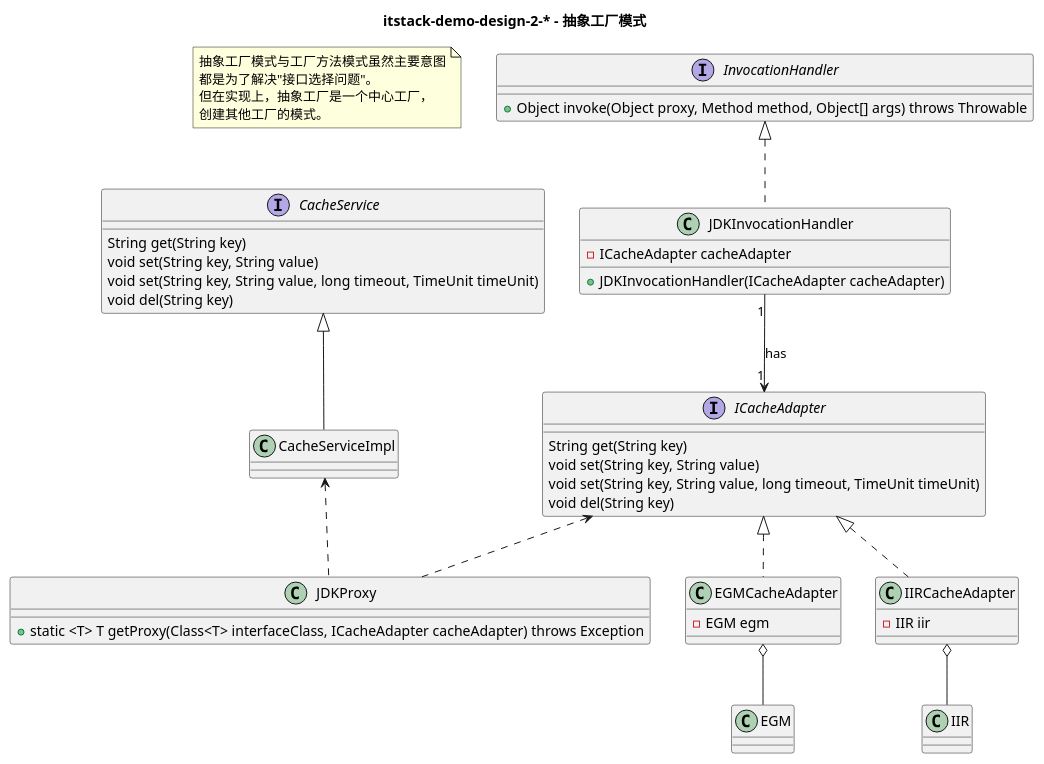
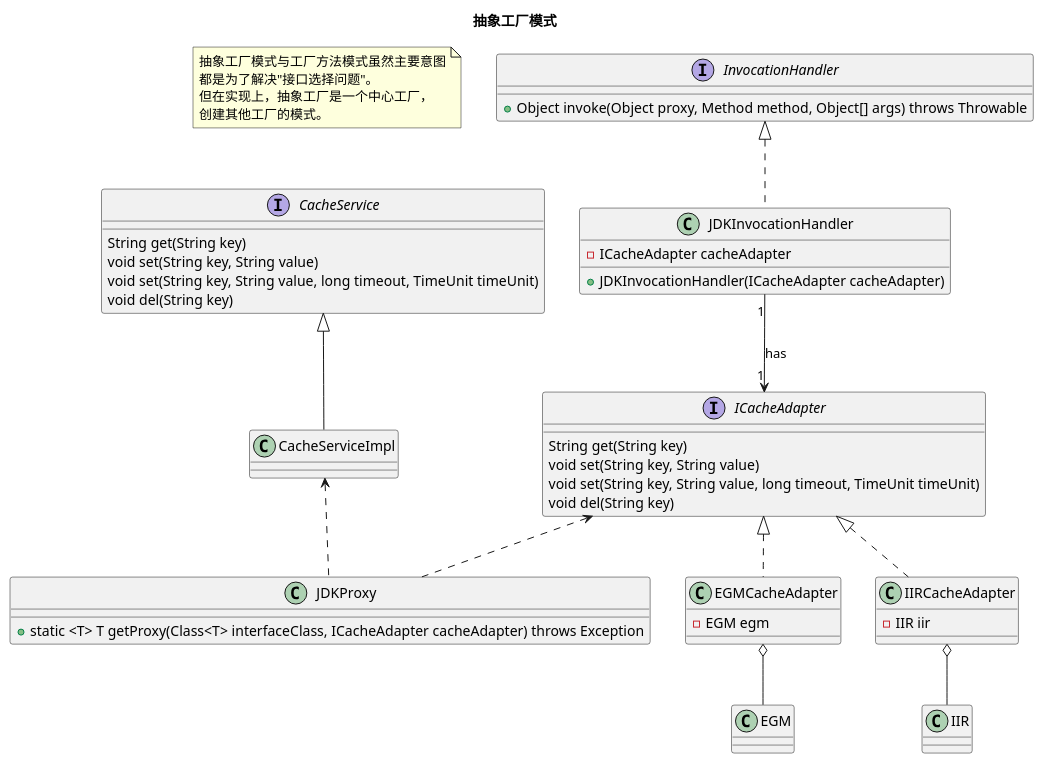
Before and after one commit to littlefxc/itstack-demo-design: the diagram in doc/抽象工厂模式.puml, drawn with PlantUML. The commit also changed 1 other file, not shown here.

```diff
--- a/doc/抽象工厂模式.puml
+++ b/doc/抽象工厂模式.puml
@@ -1,60 +1,60 @@
 @startuml
 
-title itstack-demo-design-2-* - 抽象工厂模式
+title 抽象工厂模式
 
 note as N1
   抽象⼯⼚模式与⼯⼚⽅法模式虽然主要意图
   都是为了解决"接⼝选择问题"。
   但在实现上，抽象⼯⼚是⼀个中⼼⼯⼚，
   创建其他⼯⼚的模式。
 end note
 
 CacheService <|-- CacheServiceImpl
 
 ICacheAdapter <|.. EGMCacheAdapter
 ICacheAdapter <|.. IIRCacheAdapter
 
 EGMCacheAdapter o-- EGM
 IIRCacheAdapter o-- IIR
 
 ICacheAdapter <.. JDKProxy
 CacheServiceImpl <.. JDKProxy
 InvocationHandler <|.. JDKInvocationHandler
 JDKInvocationHandler "1"-->"1" ICacheAdapter : has
 
 interface CacheService {
   String get(String key)
   void set(String key, String value)
   void set(String key, String value, long timeout, TimeUnit timeUnit)
   void del(String key)
 }
 
 interface ICacheAdapter {
   String get(String key)
   void set(String key, String value)
   void set(String key, String value, long timeout, TimeUnit timeUnit)
   void del(String key)
 }
 
 class EGMCacheAdapter {
   - EGM egm
 }
 
 class IIRCacheAdapter {
   - IIR iir
 }
 
 class JDKProxy {
   + static <T> T getProxy(Class<T> interfaceClass, ICacheAdapter cacheAdapter) throws Exception
 }
 
 interface InvocationHandler {
  + Object invoke(Object proxy, Method method, Object[] args) throws Throwable
 }
 
 class JDKInvocationHandler {
   - ICacheAdapter cacheAdapter
   + JDKInvocationHandler(ICacheAdapter cacheAdapter)
 }
 
 @enduml
```
